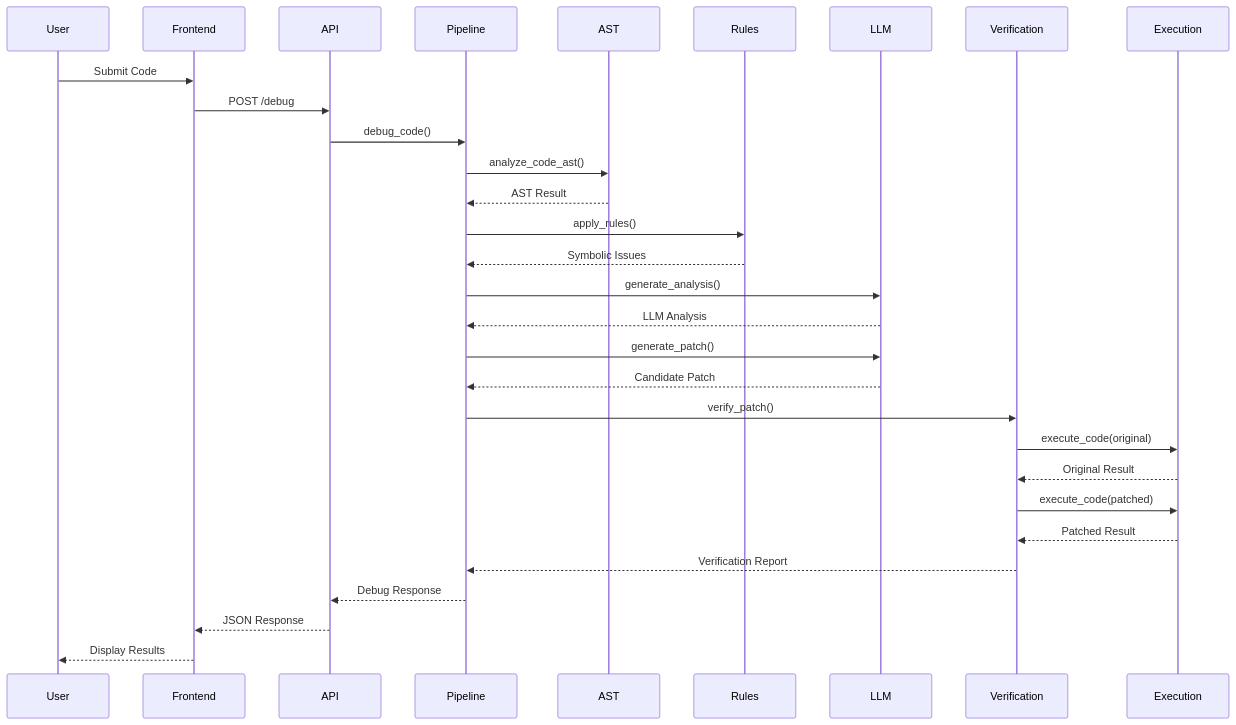
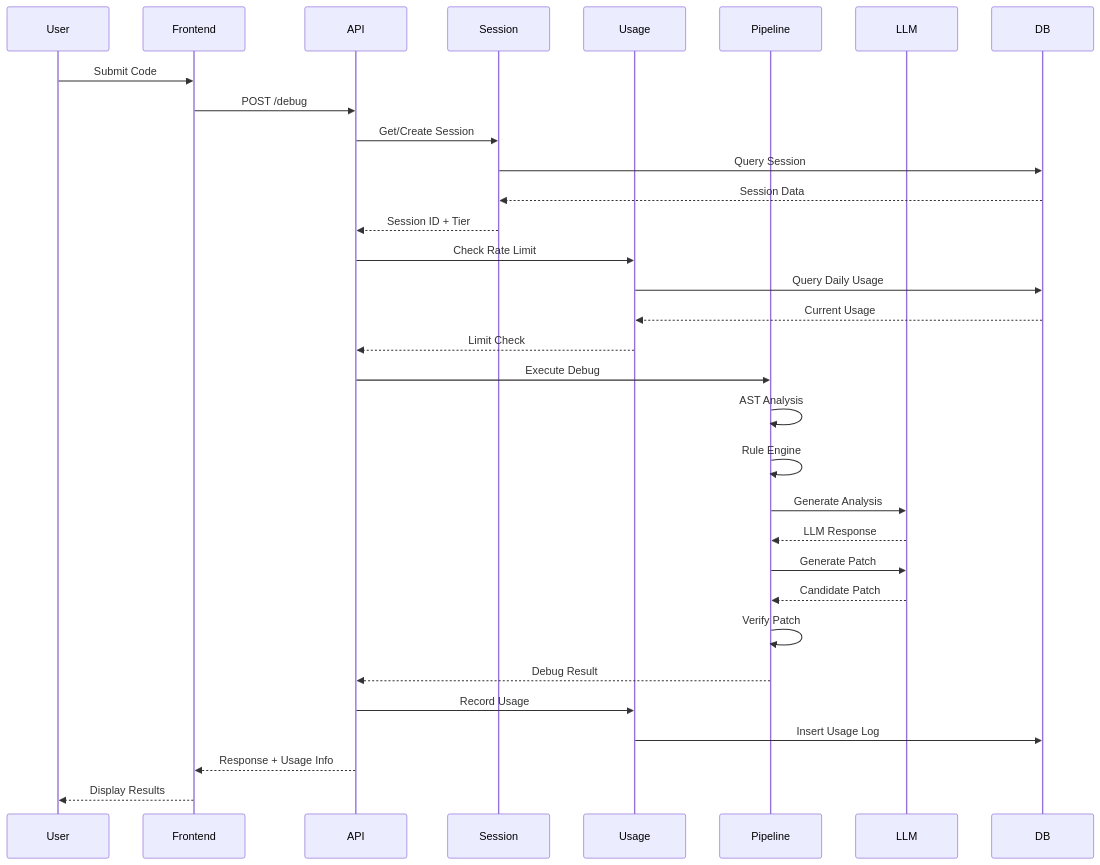
Before and after one commit to joshi-chinmay-016/NeuroDebug: the third of 3 diagrams in README.md, drawn with Mermaid. The commit also changed other lines of this file and 27 other files, not shown here.

````diff
--- a/README.md
+++ b/README.md
@@ -203,33 +156,35 @@
 ```mermaid
 sequenceDiagram
     participant User
     participant Frontend
     participant API
+    participant Session
+    participant Usage
     participant Pipeline
-    participant AST
-    participant Rules
     participant LLM
-    participant Verification
-    participant Execution
-    
+    participant DB
+
     User->>Frontend: Submit Code
     Frontend->>API: POST /debug
-    API->>Pipeline: debug_code()
-    Pipeline->>AST: analyze_code_ast()
-    AST-->>Pipeline: AST Result
-    Pipeline->>Rules: apply_rules()
-    Rules-->>Pipeline: Symbolic Issues
-    Pipeline->>LLM: generate_analysis()
-    LLM-->>Pipeline: LLM Analysis
-    Pipeline->>LLM: generate_patch()
+    API->>Session: Get/Create Session
+    Session->>DB: Query Session
+    DB-->>Session: Session Data
+    Session-->>API: Session ID + Tier
+    API->>Usage: Check Rate Limit
+    Usage->>DB: Query Daily Usage
+    DB-->>Usage: Current Usage
+    Usage-->>API: Limit Check
+    API->>Pipeline: Execute Debug
+    Pipeline->>Pipeline: AST Analysis
+    Pipeline->>Pipeline: Rule Engine
+    Pipeline->>LLM: Generate Analysis
+    LLM-->>Pipeline: LLM Response
+    Pipeline->>LLM: Generate Patch
     LLM-->>Pipeline: Candidate Patch
-    Pipeline->>Verification: verify_patch()
-    Verification->>Execution: execute_code(original)
-    Execution-->>Verification: Original Result
-    Verification->>Execution: execute_code(patched)
-    Execution-->>Verification: Patched Result
-    Verification-->>Pipeline: Verification Report
-    Pipeline-->>API: Debug Response
-    API-->>Frontend: JSON Response
+    Pipeline->>Pipeline: Verify Patch
+    Pipeline-->>API: Debug Result
+    API->>Usage: Record Usage
+    Usage->>DB: Insert Usage Log
+    API-->>Frontend: Response + Usage Info
     Frontend-->>User: Display Results
 ```
````
